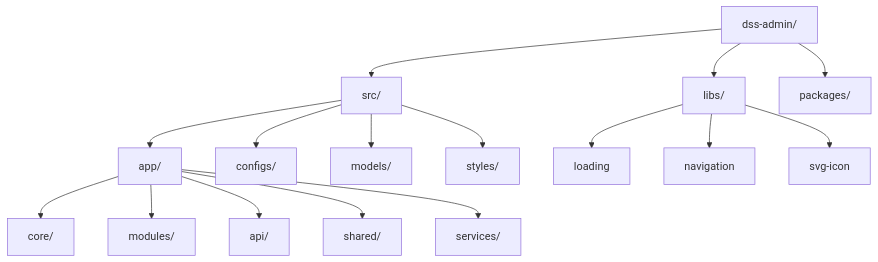
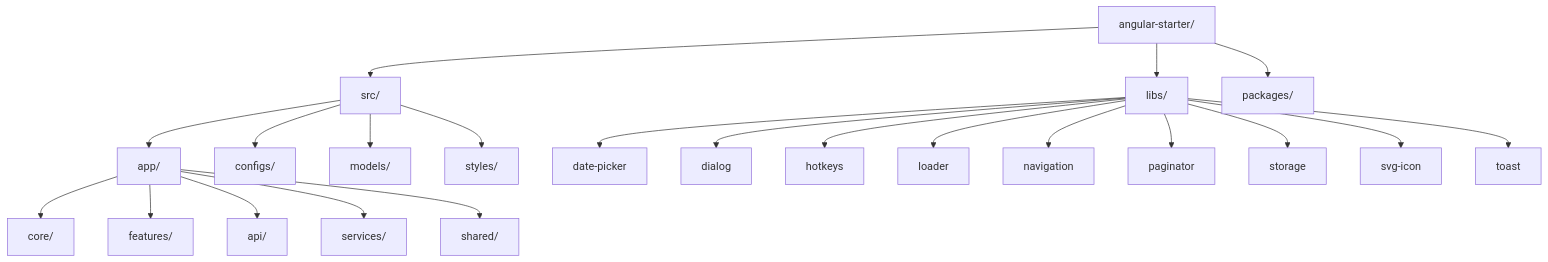
One commit to tiendat77/angular-starter changed the diagram in .agents/architect.md. Above: the diagram before and after it, drawn with Mermaid. The commit also changed other lines of this file and 47 other files, not shown here.

````diff
--- a/.agents/architect.md
+++ b/.agents/architect.md
@@ -23,21 +23,27 @@
 ```mermaid
 graph TD
-    Root[dss-admin/] --> Src[src/]
+    Root[angular-starter/] --> Src[src/]
     Root --> Libs[libs/]
     Root --> Packages[packages/]
 
     Src --> App[app/]
     Src --> Configs[configs/]
     Src --> Models[models/]
     Src --> Styles[styles/]
 
     App --> Core[core/]
-    App --> Modules[modules/]
+    App --> Features[features/]
     App --> Api[api/]
+    App --> Services[services/]
     App --> Shared[shared/]
-    App --> Services[services/]
 
-    Libs --> Loading[loading]
+    Libs --> DatePicker[date-picker]
+    Libs --> Dialog[dialog]
+    Libs --> Hotkeys[hotkeys]
+    Libs --> Loader[loader]
     Libs --> Navigation[navigation]
+    Libs --> Paginator[paginator]
+    Libs --> Storage[storage]
     Libs --> SVGIcon[svg-icon]
+    Libs --> Toast[toast]
 ```
````
